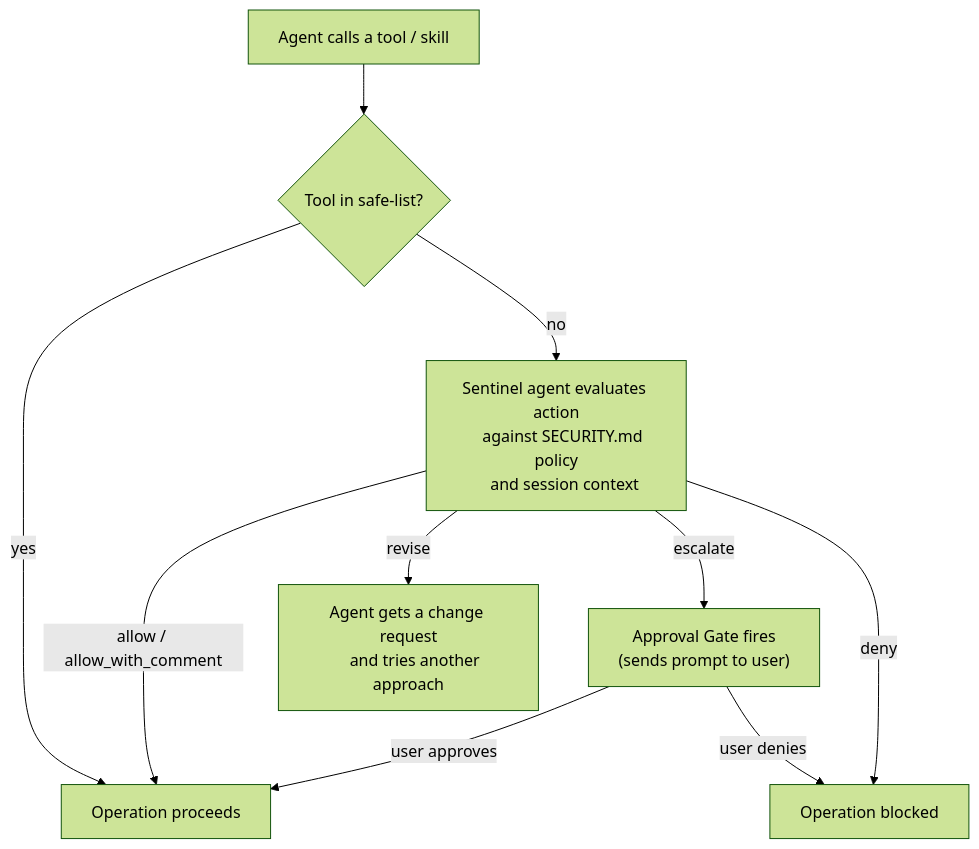
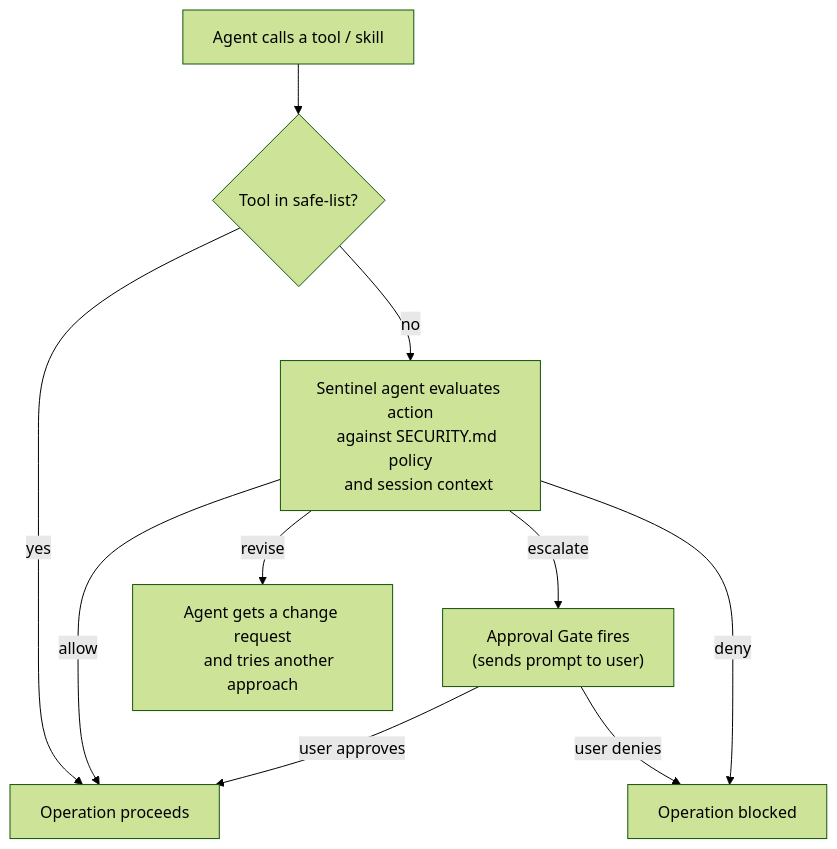
One commit to thiesgerken/carapace changed the diagram in docs/security.md. Above: the diagram before and after it, drawn with Mermaid (forest theme). The commit also changed other lines of this file and 38 other files, not shown here.

First line of the commit message:
♻️ refactor: sentinel comments as an optional field on allow, sent as system messages

````diff
--- a/docs/security.md
+++ b/docs/security.md
@@ -19,24 +18,24 @@
 ```mermaid
 flowchart TD
     ToolCall[Agent calls a tool / skill]
     SafeList{Tool in safe-list?}
     Sentinel["Sentinel agent evaluates action
     against SECURITY.md policy
     and session context"]
     Proceed[Operation proceeds]
     Revise["Agent gets a change request
     and tries another approach"]
     Gate["Approval Gate fires
     (sends prompt to user)"]
     Blocked[Operation blocked]
 
     ToolCall --> SafeList
     SafeList -->|yes| Proceed
     SafeList -->|no| Sentinel
-    Sentinel -->|allow / allow_with_comment| Proceed
+    Sentinel -->|allow| Proceed
     Sentinel -->|revise| Revise
     Sentinel -->|escalate| Gate
     Sentinel -->|deny| Blocked
     Gate -->|user approves| Proceed
     Gate -->|user denies| Blocked
 ```
````
